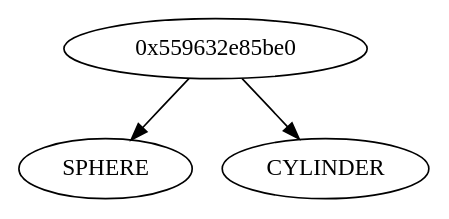
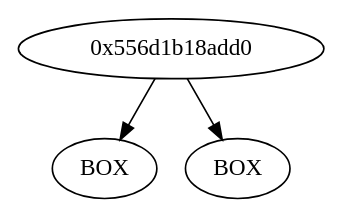
One commit to Miniflint/miniRT changed the diagram in bonus/out.dot. Above: the diagram before and after it, drawn with Graphviz. The commit also changed 32 other files, not shown here.

```diff
--- a/bonus/out.dot
+++ b/bonus/out.dot
@@ -1,7 +1,7 @@
 digraph BVH {
-	"0x559632e85be0" [label="0x559632e85be0"];
-	"0x559632e85be0" -> "0x559632e859e0";
-	"0x559632e859e0" [label="SPHERE"];
-	"0x559632e85be0" -> "0x559632e85ae0";
-	"0x559632e85ae0" [label="CYLINDER"];
+	"0x556d1b18add0" [label="0x556d1b18add0"];
+	"0x556d1b18add0" -> "0x556d1b18abd0";
+	"0x556d1b18abd0" [label="BOX"];
+	"0x556d1b18add0" -> "0x556d1b18acd0";
+	"0x556d1b18acd0" [label="BOX"];
 }
```
